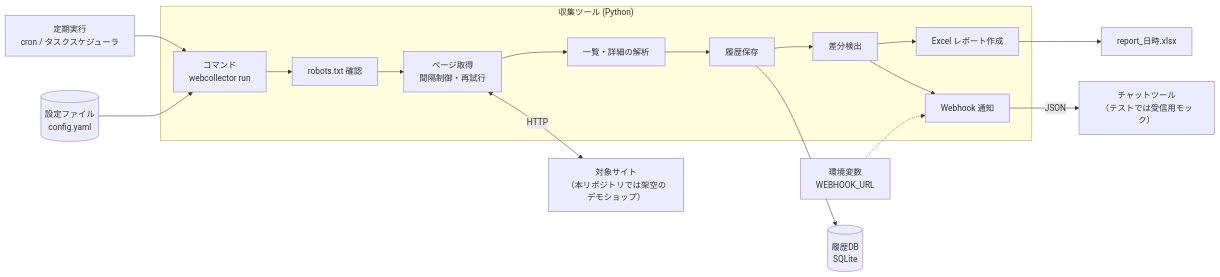
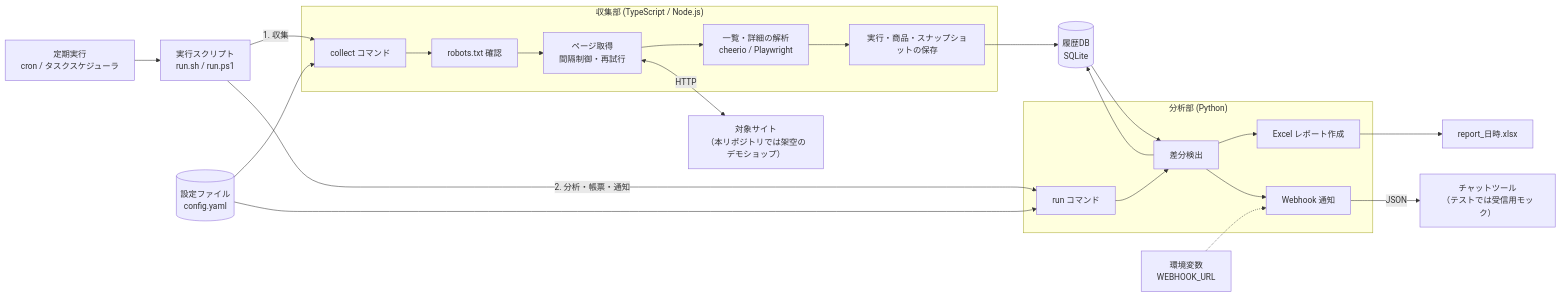
The diagram in docs/02_基本設計.md (takato-y/web-data-collector), drawn with Mermaid before and after one commit. The commit also changed other lines of this file and 4 other files, not shown here.

Commit message:
docs: 収集を TypeScript、分析を Python に分ける方式設計と ADR-0004 を追加

````diff
--- a/docs/02_基本設計.md
+++ b/docs/02_基本設計.md
@@ -21,19 +22,26 @@
 ```mermaid
 flowchart LR
-    SCHED["定期実行<br/>cron / タスクスケジューラ"] --> CLI["コマンド<br/>webcollector run"]
-    CONF[("設定ファイル<br/>config.yaml")] --> CLI
+    SCHED["定期実行<br/>cron / タスクスケジューラ"] --> WRAP["実行スクリプト<br/>run.sh / run.ps1"]
+    CONF[("設定ファイル<br/>config.yaml")] --> COL
+    CONF --> ANA
     ENV["環境変数<br/>WEBHOOK_URL"] -.-> NOTIFY
-    subgraph TOOL["収集ツール (Python)"]
-        CLI --> ROBOTS["robots.txt 確認"]
+    WRAP -->|1. 収集| COL
+    WRAP -->|2. 分析・帳票・通知| ANA
+    subgraph TS["収集部 (TypeScript / Node.js)"]
+        COL["collect コマンド"] --> ROBOTS["robots.txt 確認"]
         ROBOTS --> FETCH["ページ取得<br/>間隔制御・再試行"]
-        FETCH --> PARSE["一覧・詳細の解析"]
-        PARSE --> STORE["履歴保存"]
-        STORE --> DIFF["差分検出"]
+        FETCH --> PARSE["一覧・詳細の解析<br/>cheerio / Playwright"]
+        PARSE --> SAVE["実行・商品・スナップショットの保存"]
+    end
+    subgraph PY["分析部 (Python)"]
+        ANA["run コマンド"] --> DIFF["差分検出"]
         DIFF --> REPORT["Excel レポート作成"]
         DIFF --> NOTIFY["Webhook 通知"]
     end
     FETCH <-->|HTTP| SITE["対象サイト<br/>（本リポジトリでは架空のデモショップ）"]
-    STORE --> DB[("履歴DB<br/>SQLite")]
+    SAVE --> DB[("履歴DB<br/>SQLite")]
+    DB --> DIFF
+    DIFF --> DB
     REPORT --> XLSX["report_日時.xlsx"]
     NOTIFY -->|JSON| CHAT["チャットツール<br/>（テストでは受信用モック）"]
 ```
````
